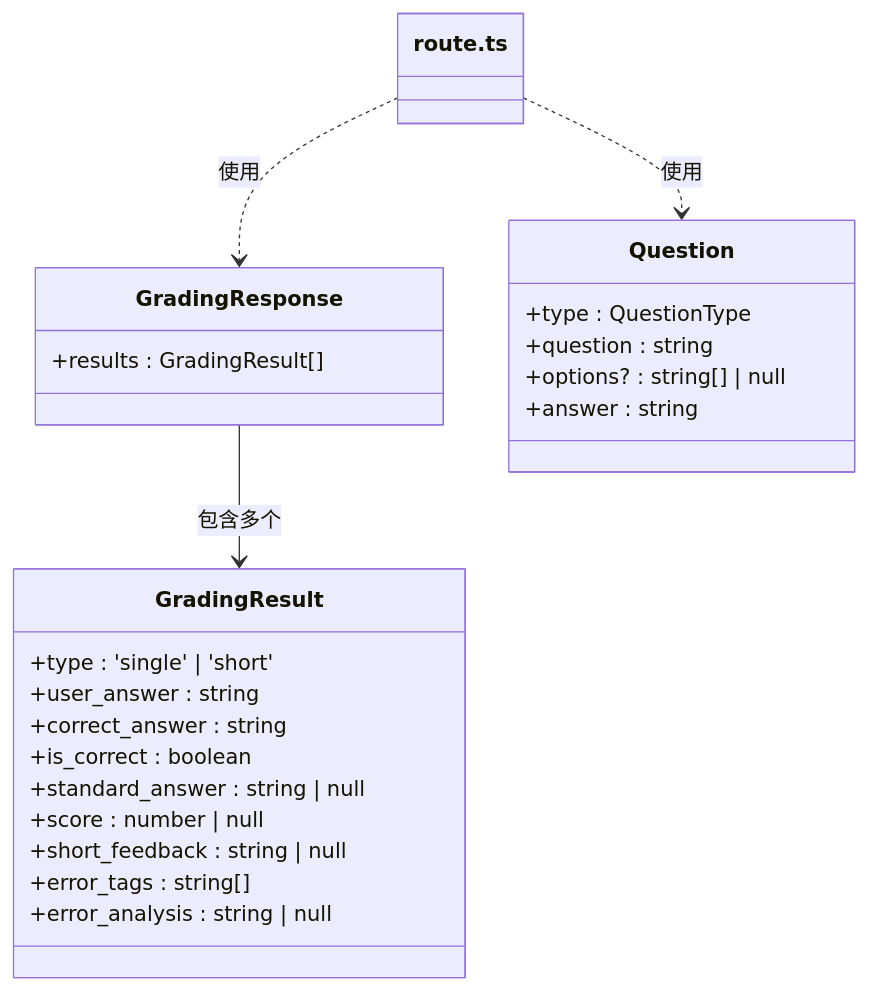
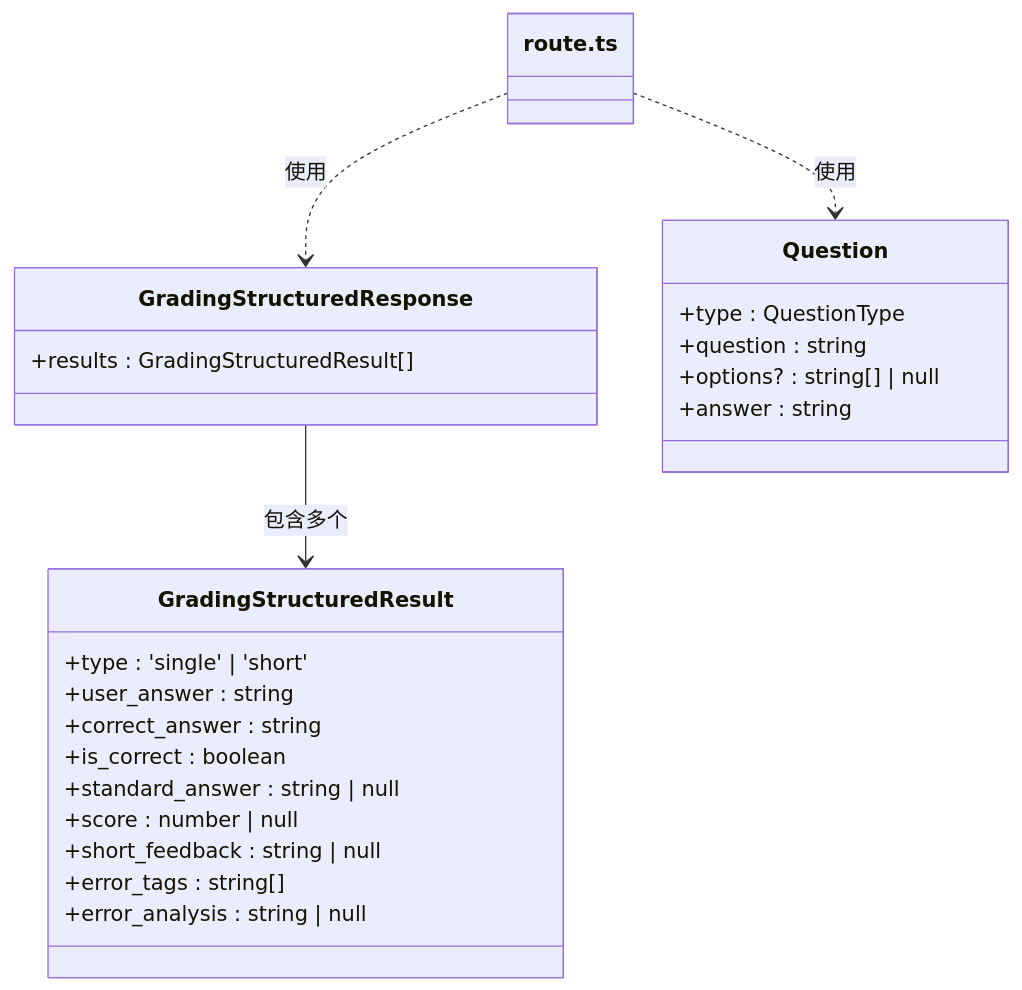
One commit to arthurlee116/english-listening-trainer changed the third of 5 diagrams in .qoder/repowiki/zh/content/后端API接口/AI内容生成API/答案评分API.md. Above: the diagram before and after it, drawn with Mermaid. The commit also changed other lines of this file and 58 other files, not shown here.

````diff
--- a/.qoder/repowiki/zh/content/后端API接口/AI内容生成API/答案评分API.md
+++ b/.qoder/repowiki/zh/content/后端API接口/AI内容生成API/答案评分API.md
@@ -92,26 +102,26 @@
 ```mermaid
 classDiagram
-class GradingResult {
+class GradingStructuredResult {
 +type : 'single' | 'short'
 +user_answer : string
 +correct_answer : string
 +is_correct : boolean
 +standard_answer : string | null
 +score : number | null
 +short_feedback : string | null
 +error_tags : string[]
 +error_analysis : string | null
 }
-class GradingResponse {
-+results : GradingResult[]
+class GradingStructuredResponse {
++results : GradingStructuredResult[]
 }
 class Question {
 +type : QuestionType
 +question : string
 +options? : string[] | null
 +answer : string
 }
-GradingResponse --> GradingResult : 包含多个
-route.ts ..> GradingResponse : 使用
+GradingStructuredResponse --> GradingStructuredResult : 包含多个
+route.ts ..> GradingStructuredResponse : 使用
 route.ts ..> Question : 使用
 ```
````
